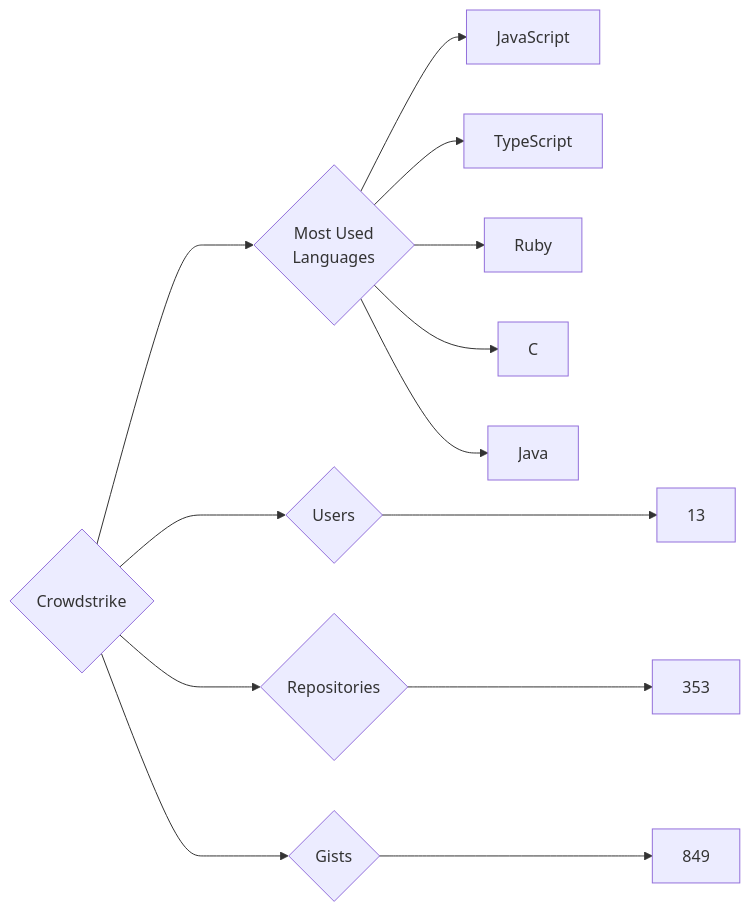
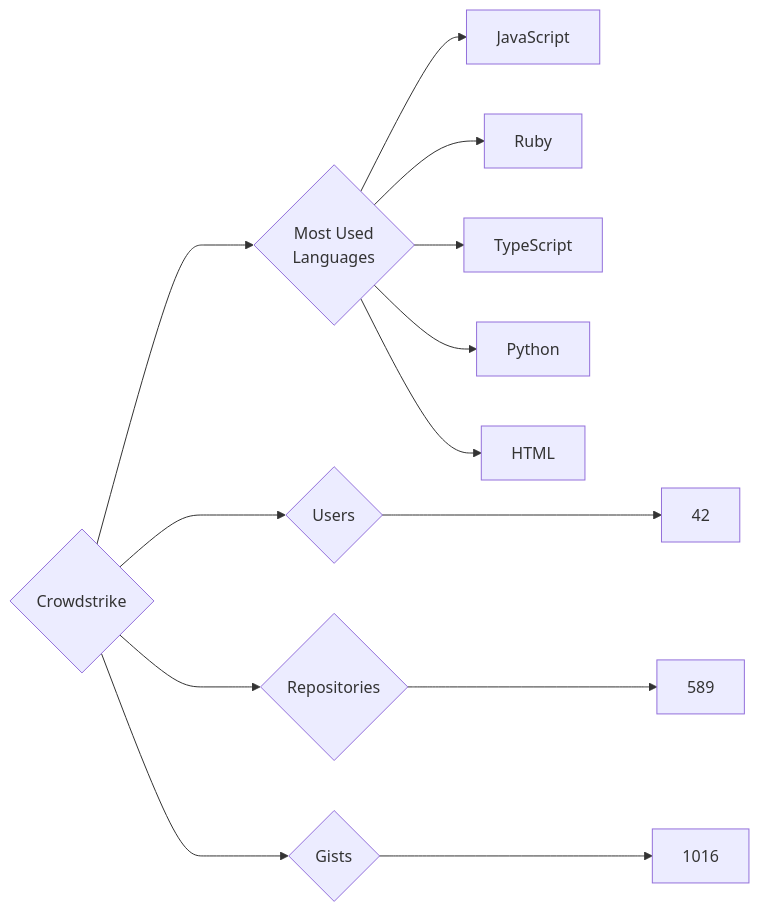
The diagram in targets/Crowdstrike/README.md (trickest/insiders), drawn with Mermaid before and after one commit. The commit also changed 614 other files, not shown here.

````diff
--- a/targets/Crowdstrike/README.md
+++ b/targets/Crowdstrike/README.md
@@ -3,13 +3,13 @@
 ```mermaid
 graph LR
 COMPANY_NAME{Crowdstrike}
-COMPANY_NAME ---> U{Users} ---> UN[13]
-COMPANY_NAME ---> R{Repositories} ---> RN[353]
-COMPANY_NAME ---> G{Gists} ---> GN[849]
+COMPANY_NAME ---> U{Users} ---> UN[42]
+COMPANY_NAME ---> R{Repositories} ---> RN[589]
+COMPANY_NAME ---> G{Gists} ---> GN[1016]
 COMPANY_NAME ---> ML{Most Used<br>Languages}
 ML --> JavaScript[JavaScript]
+ML --> Ruby[Ruby]
 ML --> TypeScript[TypeScript]
-ML --> Ruby[Ruby]
-ML --> C[C]
-ML --> Java[Java]
+ML --> Python[Python]
+ML --> HTML[HTML]
 ```
````
